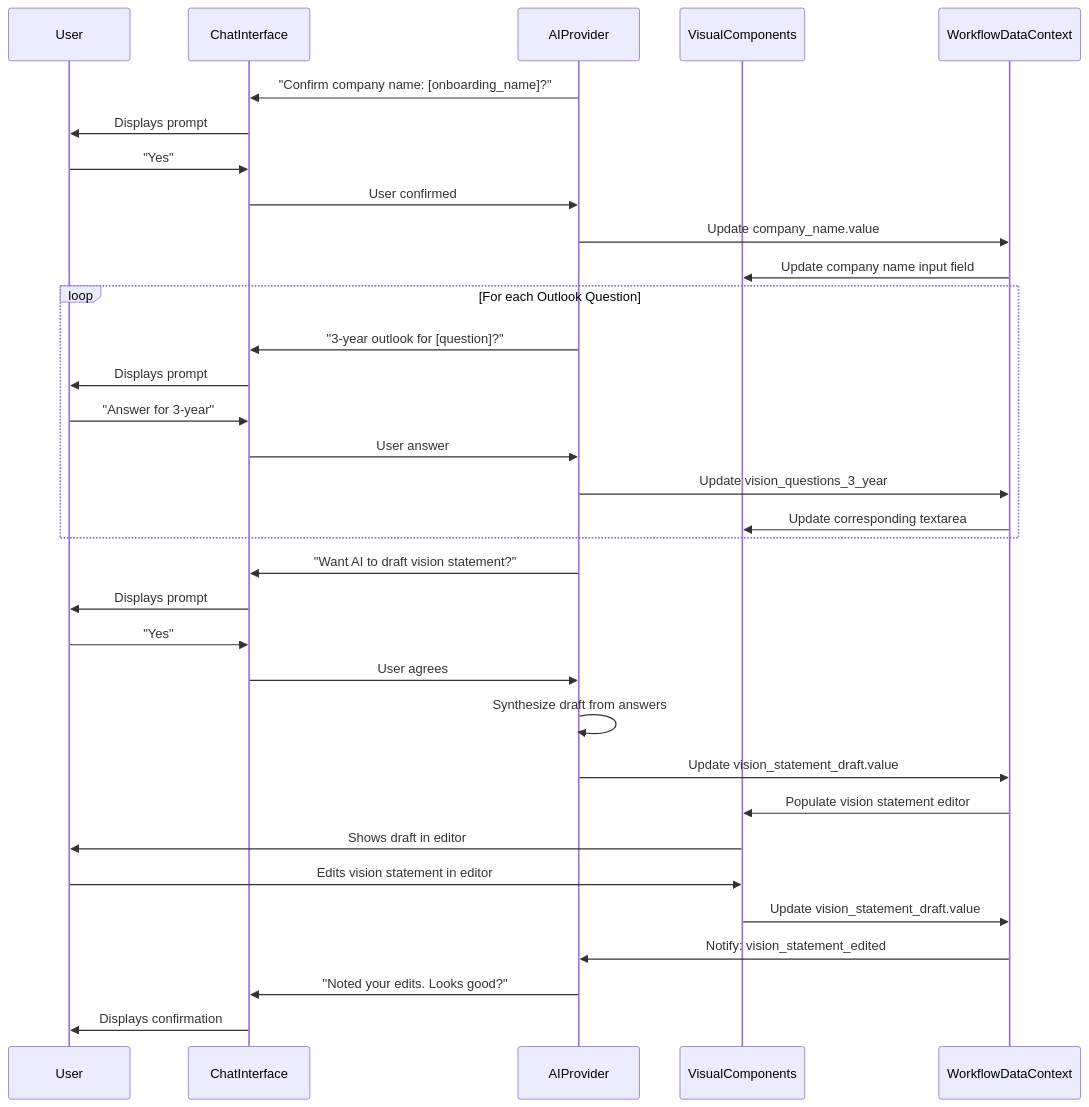
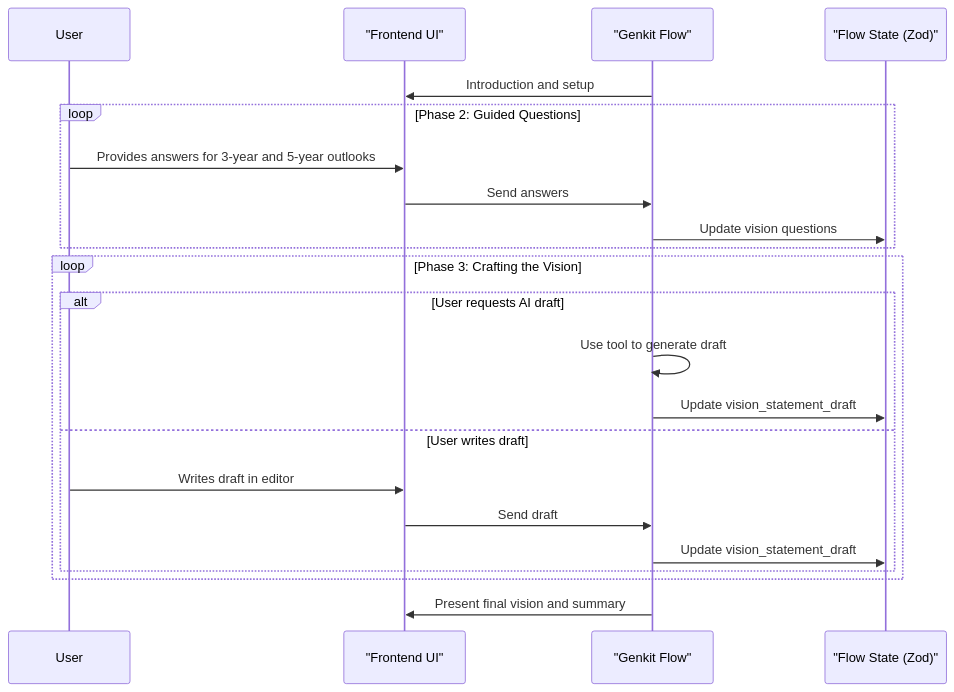
The diagram in docs/strategy-components/workflows/marketing-strategy/vision-statement.md (Ty-Robb/Pipit-AI), drawn with Mermaid before and after one commit. The commit also changed other lines of this file and 19 other files, not shown here.

Commit message:
docs: complete Genkit architecture alignment and project README

````diff
--- a/docs/strategy-components/workflows/marketing-strategy/vision-statement.md
+++ b/docs/strategy-components/workflows/marketing-strategy/vision-statement.md
@@ -300,39 +92,28 @@
 ```mermaid
 sequenceDiagram
     participant User
-    participant ChatInterface
-    participant AIProvider
-    participant VisualComponents
-    participant WorkflowDataContext
+    participant FrontendUI as "Frontend UI"
+    participant GenkitFlow as "Genkit Flow"
+    participant FlowState as "Flow State (Zod)"
 
-    AIProvider->>ChatInterface: "Confirm company name: [onboarding_name]?"
-    ChatInterface->>User: Displays prompt
-    User->>ChatInterface: "Yes"
-    ChatInterface->>AIProvider: User confirmed
-    AIProvider->>WorkflowDataContext: Update company_name.value
-    WorkflowDataContext->>VisualComponents: Update company name input field
+    GenkitFlow->>FrontendUI: Introduction and setup
     
-    loop For each Outlook Question
-        AIProvider->>ChatInterface: "3-year outlook for [question]?"
-        ChatInterface->>User: Displays prompt
-        User->>ChatInterface: "Answer for 3-year"
-        ChatInterface->>AIProvider: User answer
-        AIProvider->>WorkflowDataContext: Update vision_questions_3_year
-        WorkflowDataContext->>VisualComponents: Update corresponding textarea
+    loop Phase 2: Guided Questions
+        User->>FrontendUI: Provides answers for 3-year and 5-year outlooks
+        FrontendUI->>GenkitFlow: Send answers
+        GenkitFlow->>FlowState: Update vision questions
     end
 
-    AIProvider->>ChatInterface: "Want AI to draft vision statement?"
-    ChatInterface->>User: Displays prompt
-    User->>ChatInterface: "Yes"
-    ChatInterface->>AIProvider: User agrees
-    AIProvider->>AIProvider: Synthesize draft from answers
-    AIProvider->>WorkflowDataContext: Update vision_statement_draft.value
-    WorkflowDataContext->>VisualComponents: Populate vision statement editor
-    VisualComponents->>User: Shows draft in editor
-    
-    User->>VisualComponents: Edits vision statement in editor
-    VisualComponents->>WorkflowDataContext: Update vision_statement_draft.value
-    WorkflowDataContext->>AIProvider: Notify: vision_statement_edited
-    AIProvider->>ChatInterface: "Noted your edits. Looks good?"
-    ChatInterface->>User: Displays confirmation
+    loop Phase 3: Crafting the Vision
+        alt User requests AI draft
+            GenkitFlow->>GenkitFlow: Use tool to generate draft
+            GenkitFlow->>FlowState: Update vision_statement_draft
+        else User writes draft
+            User->>FrontendUI: Writes draft in editor
+            FrontendUI->>GenkitFlow: Send draft
+            GenkitFlow->>FlowState: Update vision_statement_draft
+        end
+    end
+
+    GenkitFlow->>FrontendUI: Present final vision and summary
 ```
````
